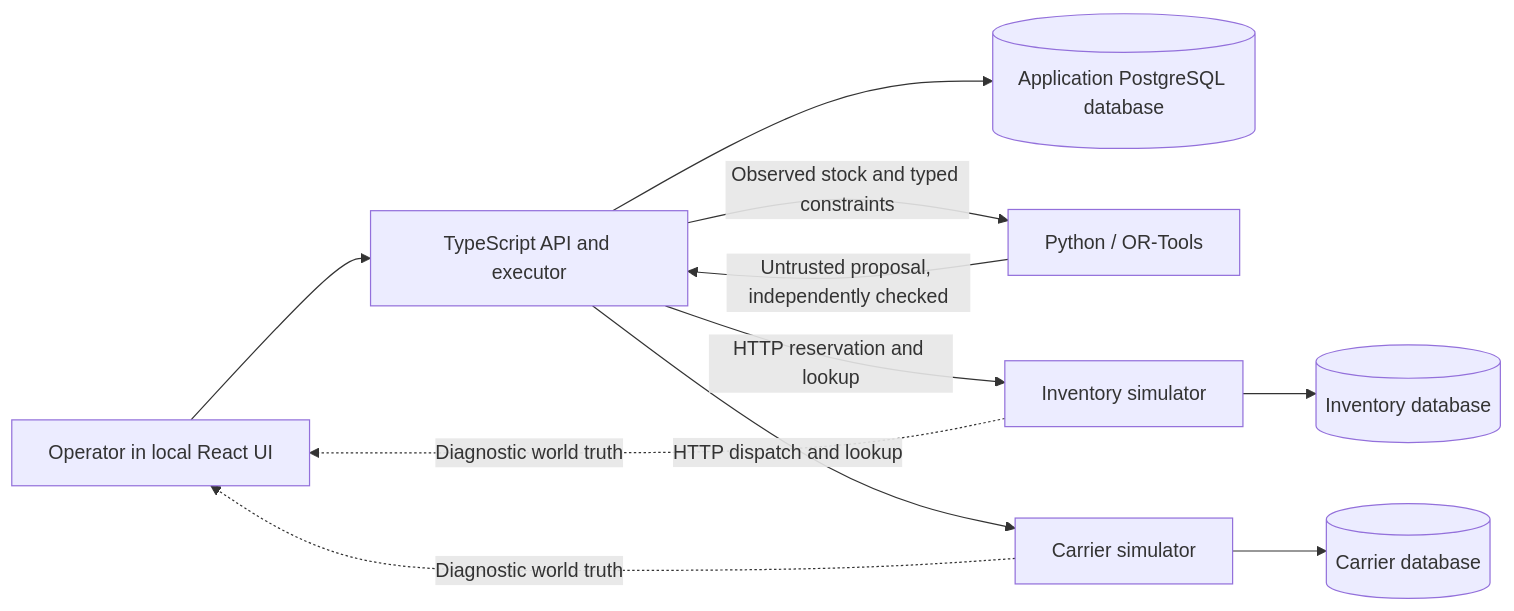
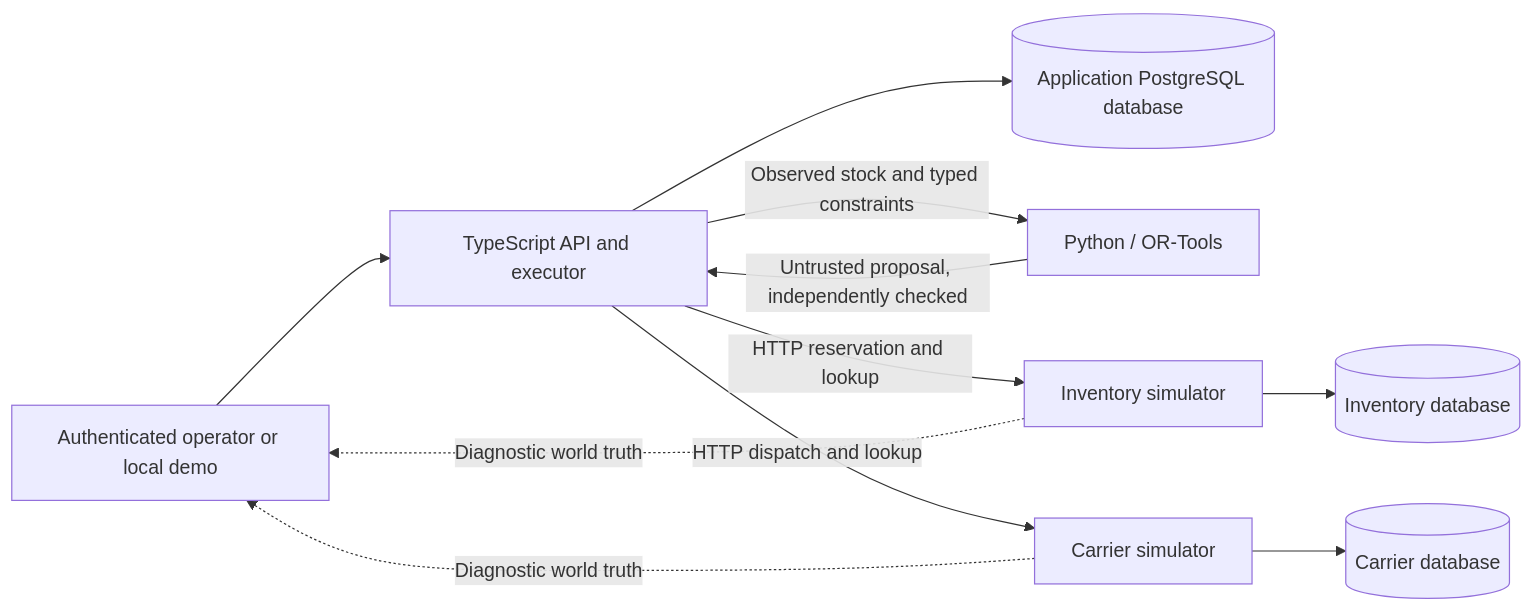
One commit to maximilliangrand/replan changed the diagram in docs/architecture.md. Above: the diagram before and after it, drawn with Mermaid. The commit also changed other lines of this file and 51 other files, not shown here.

````diff
--- a/docs/architecture.md
+++ b/docs/architecture.md
@@ -10,13 +10,13 @@
 ```mermaid
 flowchart LR
-  Operator[Operator in local React UI] --> App[TypeScript API and executor]
+  Operator[Authenticated operator or local demo] --> App[TypeScript API and executor]
   App --> AppDB[(Application PostgreSQL database)]
   App -->|Observed stock and typed constraints| Solver[Python / OR-Tools]
   Solver -->|Untrusted proposal, independently checked| App
   App -->|HTTP reservation and lookup| Inventory[Inventory simulator]
   Inventory --> InventoryDB[(Inventory database)]
   App -->|HTTP dispatch and lookup| Carrier[Carrier simulator]
   Carrier --> CarrierDB[(Carrier database)]
   Inventory -.->|Diagnostic world truth| Operator
   Carrier -.->|Diagnostic world truth| Operator
 ```
````
